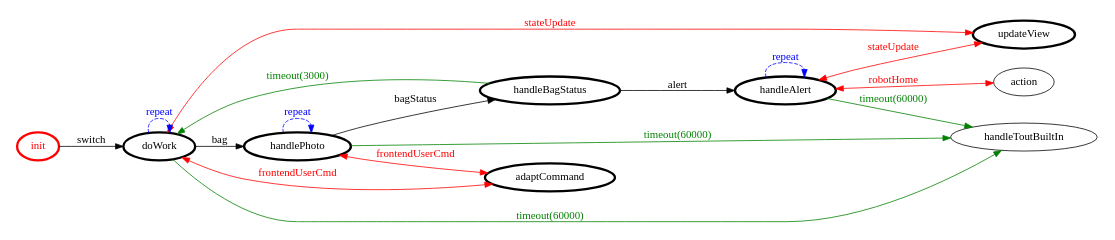
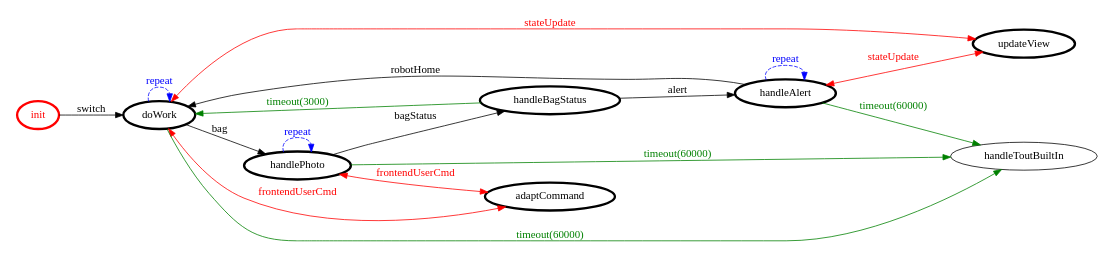
One commit to NiccoMlt/ISS-2018-Final-Task changed the diagram in project/srcMore/it/unibo/console/console.gv. Above: the diagram before and after it, drawn with Graphviz. The commit also changed 10 other files, not shown here.

```diff
--- a/project/srcMore/it/unibo/console/console.gv
+++ b/project/srcMore/it/unibo/console/console.gv
@@ -1,36 +1,36 @@
 /*
 *
 * A GraphViz DOT FSM description 
 * Please use a GraphViz visualizer (like http://www.webgraphviz.com)
 *  
 */
 
 digraph finite_state_machine {
 	rankdir=LR
 	size="8,5"
 	
 	init [ color = red ][ fontcolor = red ][ penwidth = 3 ]
 	updateView [ color = black ][ fontcolor = black ][ penwidth = 3 ]
 	doWork [ color = black ][ fontcolor = black ][ penwidth = 3 ]
 	handlePhoto [ color = black ][ fontcolor = black ][ penwidth = 3 ]
 	adaptCommand [ color = black ][ fontcolor = black ][ penwidth = 3 ]
 	handleBagStatus [ color = black ][ fontcolor = black ][ penwidth = 3 ]
 	handleAlert [ color = black ][ fontcolor = black ][ penwidth = 3 ]
 	
 	doWork -> handlePhoto [ label = "bag" ][ color = black ][ fontcolor = black ]
 	doWork -> handleToutBuiltIn [ label = "timeout(60000)" ][ color = green ][ fontcolor = green ]
 	handlePhoto -> handleToutBuiltIn [ label = "timeout(60000)" ][ color = green ][ fontcolor = green ]
 	doWork -> updateView [ label = "stateUpdate" ][ color = red ][ fontcolor = red ][ dir = both ]
 	doWork -> doWork [ label = "repeat "][ style = dashed ][ color = blue ][ fontcolor = blue ]
 	handleBagStatus -> handleAlert [ label = "alert" ][ color = black ][ fontcolor = black ]
-	handleAlert -> action [ label = "robotHome" ][ color = red ][ fontcolor = red ][ dir = both ]
 	handlePhoto -> adaptCommand [ label = "frontendUserCmd" ][ color = red ][ fontcolor = red ][ dir = both ]
 	handleAlert -> updateView [ label = "stateUpdate" ][ color = red ][ fontcolor = red ][ dir = both ]
 	init -> doWork [ label = "switch" ][ color = black ][ fontcolor = black ]
 	handlePhoto -> handleBagStatus [ label = "bagStatus" ][ color = black ][ fontcolor = black ]
 	handleAlert -> handleAlert [ label = "repeat "][ style = dashed ][ color = blue ][ fontcolor = blue ]
 	handleBagStatus -> doWork [ label = "timeout(3000)" ][ color = green ][ fontcolor = green ]
 	handlePhoto -> handlePhoto [ label = "repeat "][ style = dashed ][ color = blue ][ fontcolor = blue ]
 	handleAlert -> handleToutBuiltIn [ label = "timeout(60000)" ][ color = green ][ fontcolor = green ]
 	doWork -> adaptCommand [ label = "frontendUserCmd" ][ color = red ][ fontcolor = red ][ dir = both ]
+	handleAlert -> doWork [ label = "robotHome" ][ color = black ][ fontcolor = black ]
 }
```
